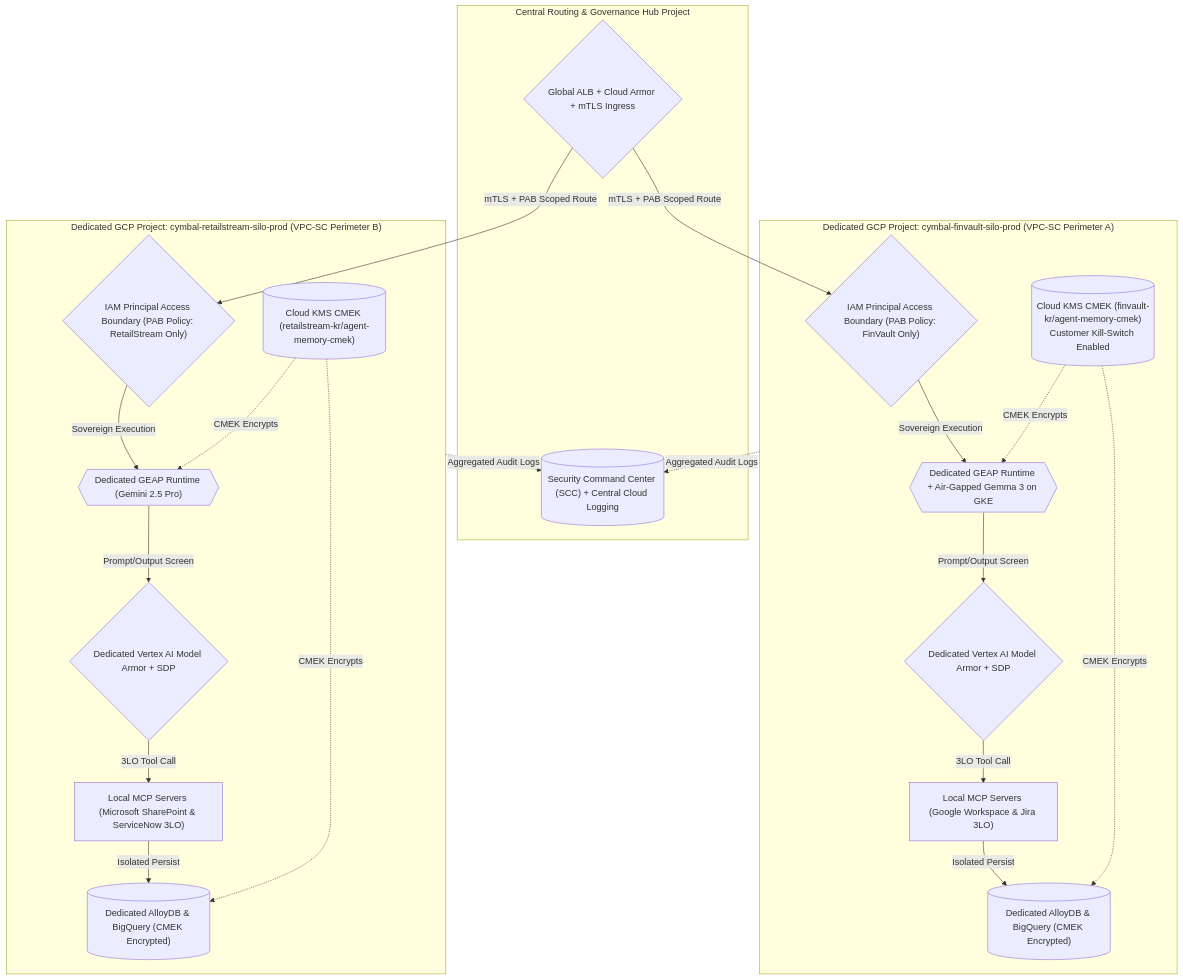
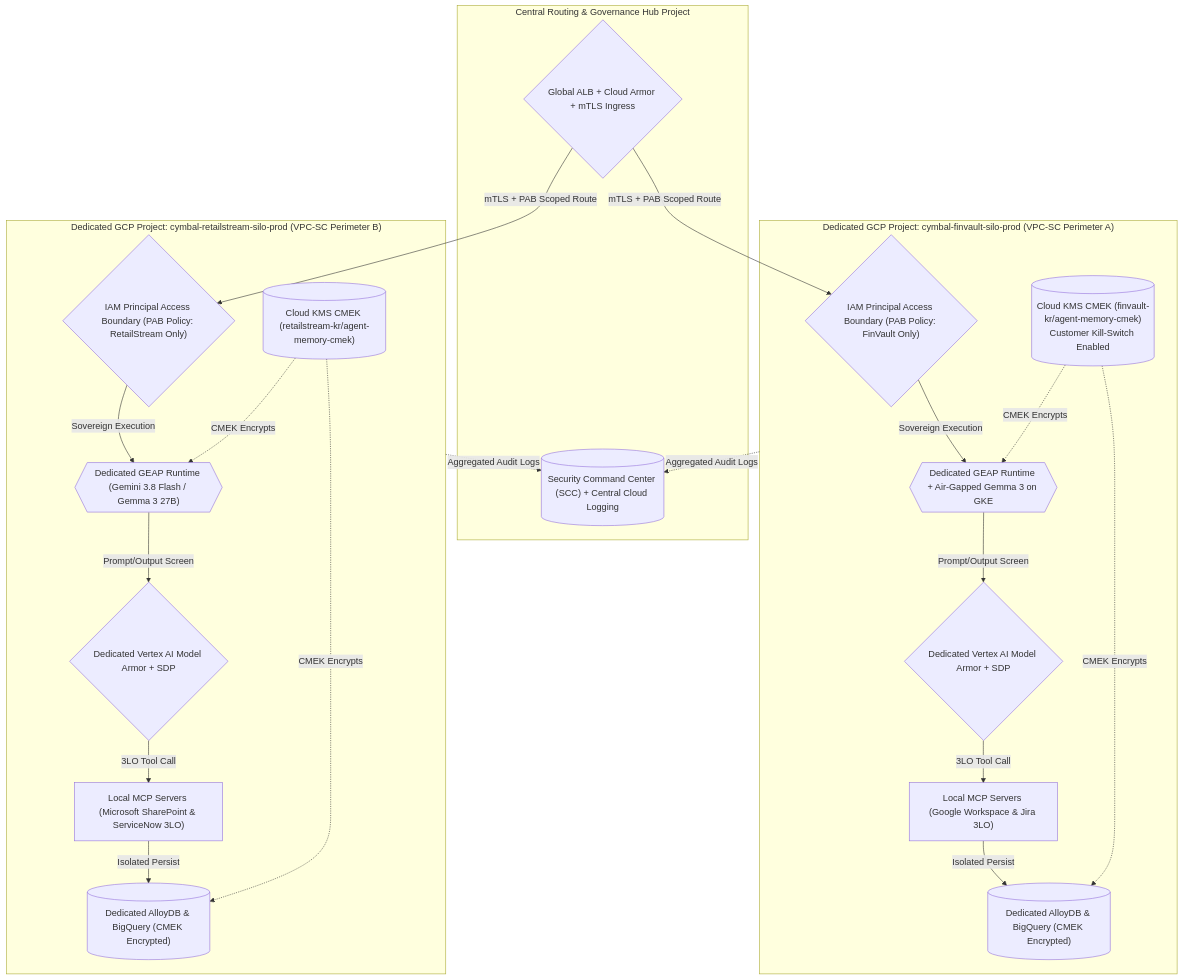
Before and after one commit to nitinaggarwal-12/blogs: the second of 3 diagrams in workstream-1-reference-architecture/1.1-architecture-taxonomy-and-diagrams.md, drawn with Mermaid. The commit also changed other lines of this file and 984 other files, not shown here.

````diff
--- a/workstream-1-reference-architecture/1.1-architecture-taxonomy-and-diagrams.md
+++ b/workstream-1-reference-architecture/1.1-architecture-taxonomy-and-diagrams.md
@@ -109,36 +109,36 @@
 ```mermaid
 flowchart TB
     subgraph RoutingHub["Central Routing & Governance Hub Project"]
         Edge{"Global ALB + Cloud Armor + mTLS Ingress"}
         SCC[("Security Command Center (SCC) + Central Cloud Logging")]
     end
 
     subgraph SiloAlpha["Dedicated GCP Project: cymbal-finvault-silo-prod (VPC-SC Perimeter A)"]
         PAB_A{"IAM Principal Access Boundary (PAB Policy: FinVault Only)"}
         KMS_A[("Cloud KMS CMEK (finvault-kr/agent-memory-cmek)<br/>Customer Kill-Switch Enabled")]
         Runtime_A{{"Dedicated GEAP Runtime + Air-Gapped Gemma 3 on GKE"}}
         Armor_A{"Dedicated Vertex AI Model Armor + SDP"}
         MCP_A["Local MCP Servers (Google Workspace & Jira 3LO)"]
         DB_A[("Dedicated AlloyDB & BigQuery (CMEK Encrypted)")]
     end
 
     subgraph SiloBeta["Dedicated GCP Project: cymbal-retailstream-silo-prod (VPC-SC Perimeter B)"]
         PAB_B{"IAM Principal Access Boundary (PAB Policy: RetailStream Only)"}
         KMS_B[("Cloud KMS CMEK (retailstream-kr/agent-memory-cmek)")]
-        Runtime_B{{"Dedicated GEAP Runtime (Gemini 2.5 Pro)"}}
+        Runtime_B{{"Dedicated GEAP Runtime (Gemini 3.8 Flash / Gemma 3 27B)"}}
         Armor_B{"Dedicated Vertex AI Model Armor + SDP"}
         MCP_B["Local MCP Servers (Microsoft SharePoint & ServiceNow 3LO)"]
         DB_B[("Dedicated AlloyDB & BigQuery (CMEK Encrypted)")]
     end
 
     Edge -->|mTLS + PAB Scoped Route| PAB_A
     Edge -->|mTLS + PAB Scoped Route| PAB_B
     PAB_A -->|Sovereign Execution| Runtime_A -->|Prompt/Output Screen| Armor_A -->|3LO Tool Call| MCP_A -->|Isolated Persist| DB_A
     KMS_A -.->|CMEK Encrypts| Runtime_A
     KMS_A -.->|CMEK Encrypts| DB_A
     PAB_B -->|Sovereign Execution| Runtime_B -->|Prompt/Output Screen| Armor_B -->|3LO Tool Call| MCP_B -->|Isolated Persist| DB_B
     KMS_B -.->|CMEK Encrypts| Runtime_B
     KMS_B -.->|CMEK Encrypts| DB_B
     SiloAlpha -.->|Aggregated Audit Logs| SCC
     SiloBeta -.->|Aggregated Audit Logs| SCC
 ```
````
